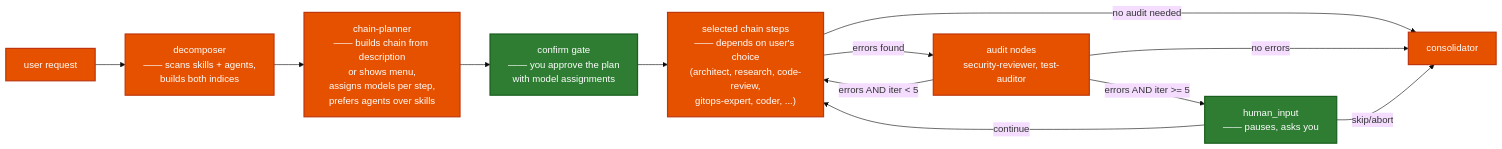
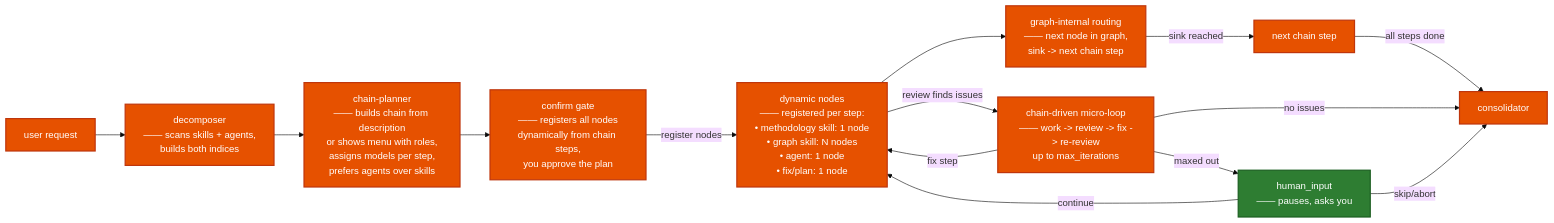
Before and after one commit to OliverEsoterik/fleet-management: the first of 6 diagrams in WORKFLOW.md, drawn with Mermaid (base theme). The commit also changed other lines of this file and 7 other files, not shown here.

First line of the commit message:
Generic orchestrator: remove hardcoded node types, dynamic registration, role-based chain templates

````diff
--- a/WORKFLOW.md
+++ b/WORKFLOW.md
@@ -25,30 +45,34 @@
 ```mermaid
 flowchart LR
   classDef skill fill:#1a73e8,color:#fff,stroke:#0d47a1,stroke-width:2px
   classDef node fill:#e65100,color:#fff,stroke:#bf360c,stroke-width:2px
   classDef gate fill:#2e7d32,color:#fff,stroke:#1b5e20,stroke-width:2px
 
   user["user request"]
   decomposer["decomposer<br/>—— scans skills + agents,<br/>builds both indices"]
-  chainPlanner["chain-planner<br/>—— builds chain from description<br/>or shows menu,<br/>assigns models per step,<br/>prefers agents over skills"]
-  confirm["confirm gate<br/>—— you approve the plan<br/>with model assignments"]
-  chain["selected chain steps<br/>—— depends on user's choice<br/>(architect, research, code-review,<br/>gitops-expert, coder, ...)"]
-  audit["audit nodes<br/>security-reviewer, test-auditor"]
+  chainPlanner["chain-planner<br/>—— builds chain from description<br/>or shows menu with roles,<br/>assigns models per step,<br/>prefers agents over skills"]
+  confirm["confirm gate<br/>—— registers all nodes<br/>dynamically from chain steps,<br/>you approve the plan"]
+  execNodes["dynamic nodes<br/>—— registered per step:<br/>• methodology skill: 1 node<br/>• graph skill: N nodes<br/>• agent: 1 node<br/>• fix/plan: 1 node"]
+  graphInternal["graph-internal routing<br/>—— next node in graph,<br/>sink -> next chain step"]
+  microLoop["chain-driven micro-loop<br/>—— work -> review -> fix -> re-review<br/>up to max_iterations"]
   human["human_input<br/>—— pauses, asks you"]
   consolidator["consolidator"]
 
   user --> decomposer
   decomposer --> chainPlanner
   chainPlanner --> confirm
-  confirm --> chain
-  chain -->|errors found| audit
-  chain -->|no audit needed| consolidator
-  audit -->|errors AND iter < 5| chain
-  audit -->|errors AND iter >= 5| human
-  audit -->|no errors| consolidator
-  human -->|continue| chain
+  confirm -->|register nodes| execNodes
+  execNodes --> graphInternal
+  graphInternal -->|sink reached| nextChainStep["next chain step"]
+  nextChainStep -->|all steps done| consolidator
+  execNodes -->|review finds issues| microLoop
+  microLoop -->|fix step| execNodes
+  microLoop -->|maxed out| human
+  microLoop -->|no issues| consolidator
+  human -->|continue| execNodes
   human -->|skip/abort| consolidator
 
-  class decomposer,chainPlanner,chain,audit,consolidator node
-  class confirm,human gate
+  class decomposer,chainPlanner,confirm,consolidator node
+  class execNodes,graphInternal,nextChainStep,microLoop node
+  class human gate
 ```
````
